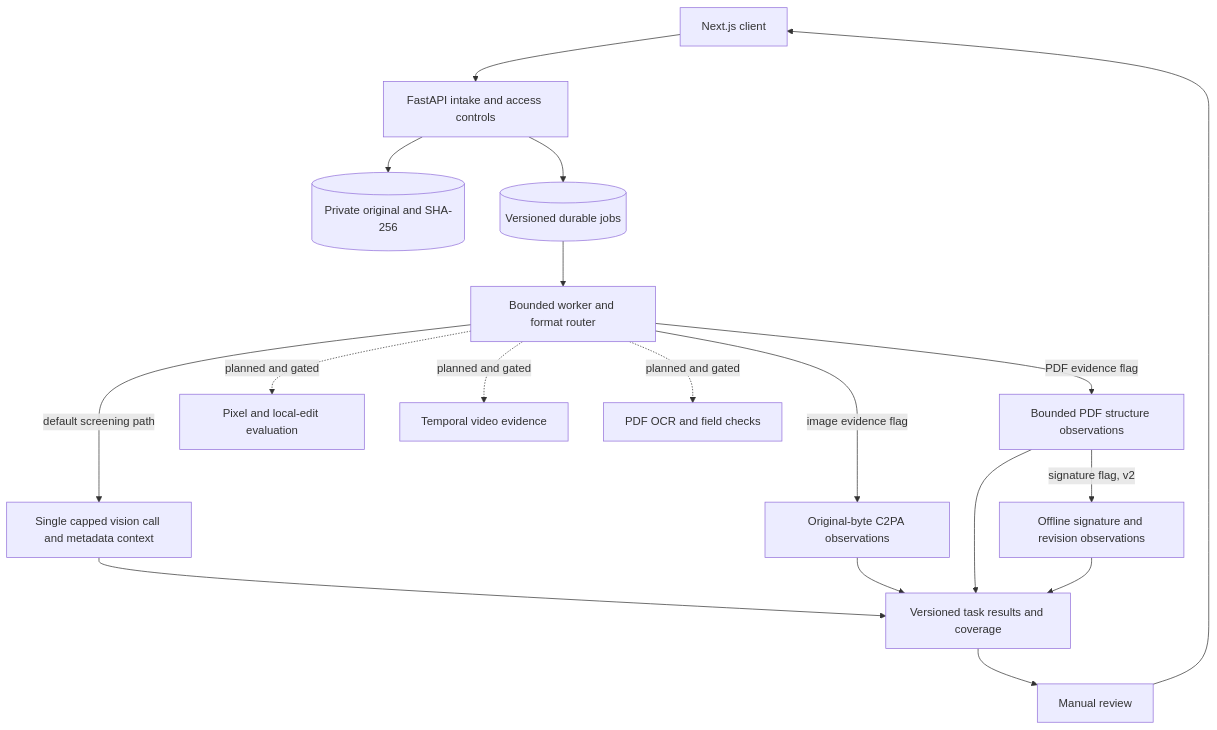
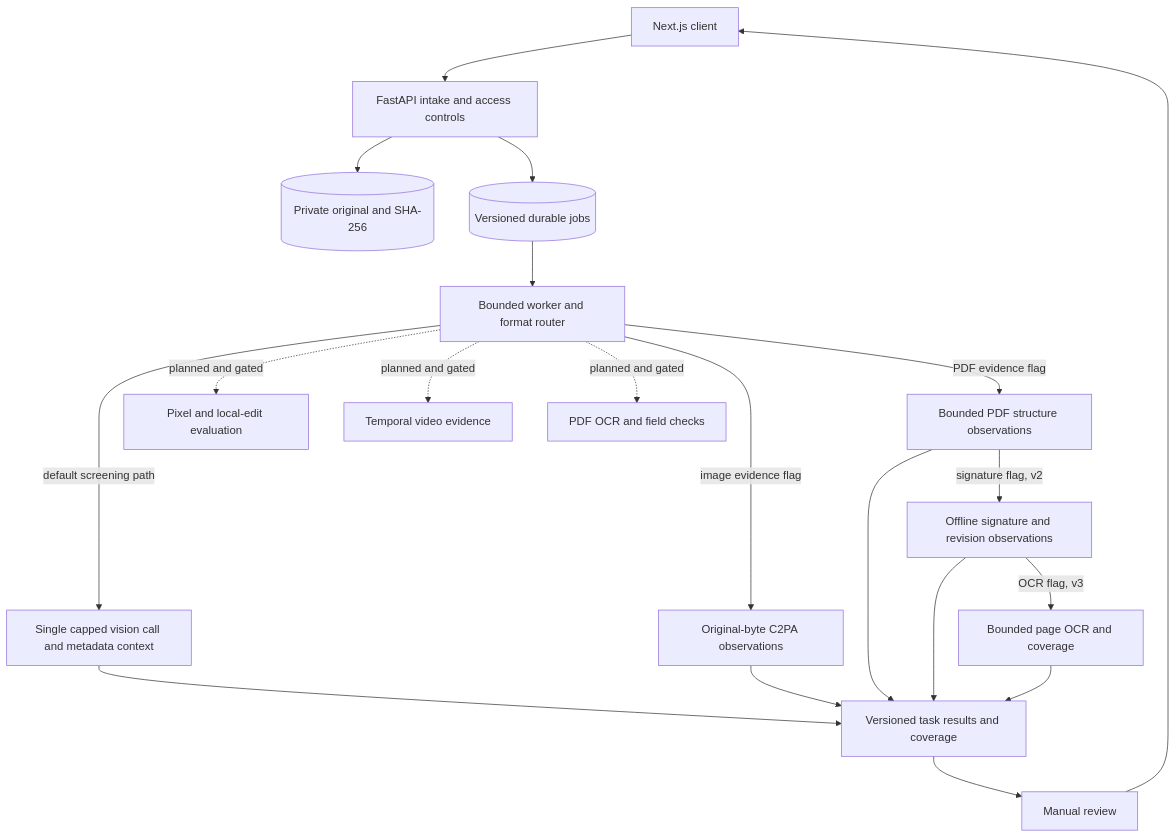
The diagram in README.md (adimalkar/multimodal-fraud-detector), drawn with Mermaid before and after one commit. The commit also changed other lines of this file and 13 other files, not shown here.

Commit message:
Add opt-in bounded PDF OCR evidence pipeline

````diff
--- a/README.md
+++ b/README.md
@@ -30,23 +30,25 @@
 ```mermaid
 flowchart TD
     UI[Next.js client] --> API[FastAPI intake and access controls]
     API --> Original[(Private original and SHA-256)]
     API --> Jobs[(Versioned durable jobs)]
     Jobs --> Worker[Bounded worker and format router]
 
     Worker -->|default screening path| VLM[Single capped vision call and metadata context]
     Worker -->|image evidence flag| C2PA[Original-byte C2PA observations]
     Worker -->|PDF evidence flag| PDF1[Bounded PDF structure observations]
     PDF1 -->|signature flag, v2| PDF2[Offline signature and revision observations]
+    PDF2 -->|OCR flag, v3| PDF3[Bounded page OCR and coverage]
 
     Worker -. planned and gated .-> Image[Pixel and local-edit evaluation]
     Worker -. planned and gated .-> Video[Temporal video evidence]
     Worker -. planned and gated .-> Fields[PDF OCR and field checks]
 
     VLM --> Results[Versioned task results and coverage]
     C2PA --> Results
     PDF1 --> Results
     PDF2 --> Results
+    PDF3 --> Results
     Results --> Review[Manual review]
     Review --> UI
 ```
````
